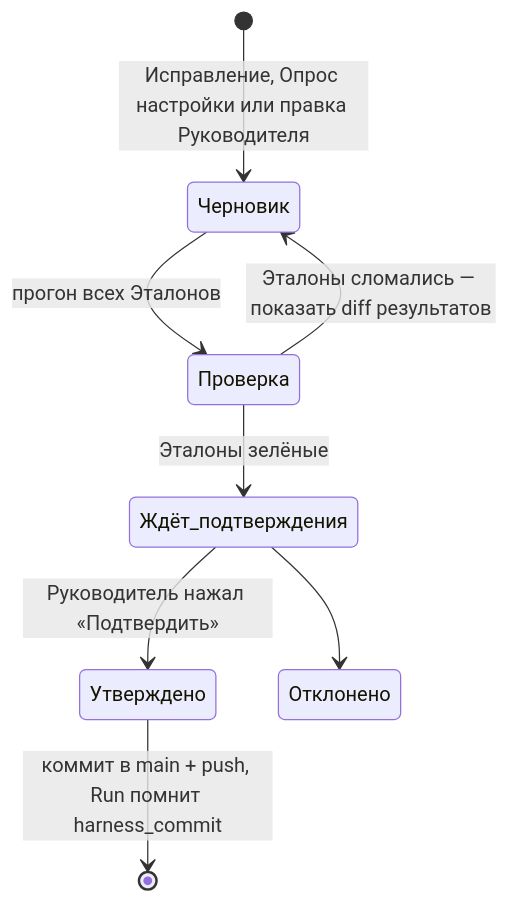
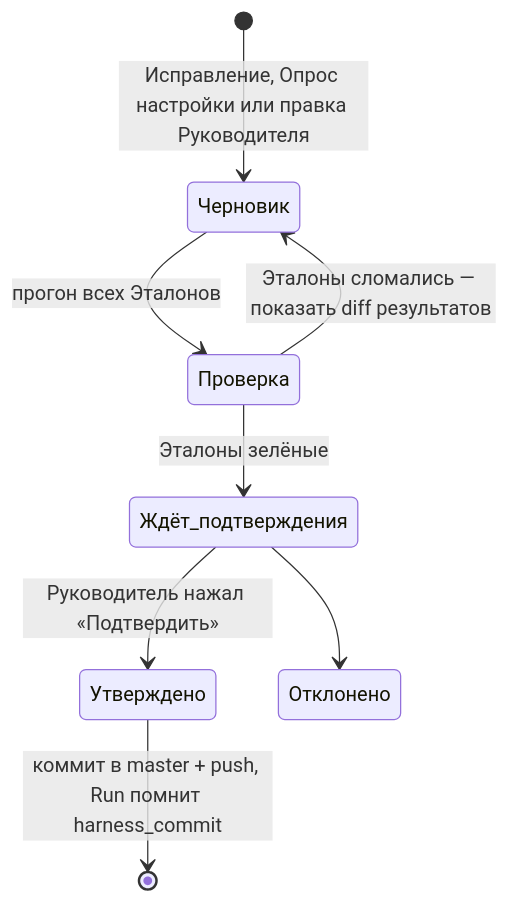
One commit to exmuzzy/ameri changed the second of 2 diagrams in docs/plan.md. Above: the diagram before and after it, drawn with Mermaid. The commit also changed other lines of this file and 9 other files, not shown here.

````diff
--- a/docs/plan.md
+++ b/docs/plan.md
@@ -160,10 +160,10 @@
 ```mermaid
 stateDiagram-v2
     [*] --> Черновик: Исправление, Опрос настройки или правка Руководителя
     Черновик --> Проверка: прогон всех Эталонов
     Проверка --> Черновик: Эталоны сломались — показать diff результатов
     Проверка --> Ждёт_подтверждения: Эталоны зелёные
     Ждёт_подтверждения --> Утверждено: Руководитель нажал «Подтвердить»
     Ждёт_подтверждения --> Отклонено
-    Утверждено --> [*]: коммит в main + push, Run помнит harness_commit
+    Утверждено --> [*]: коммит в master + push, Run помнит harness_commit
 ```
````
